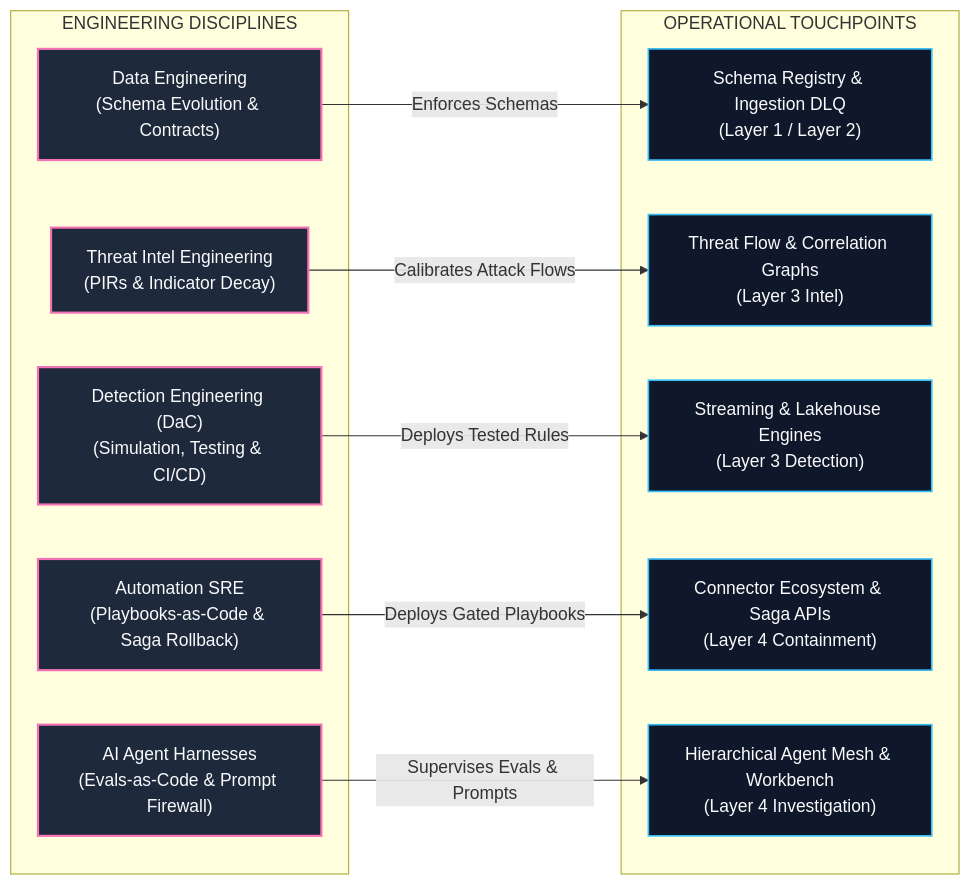
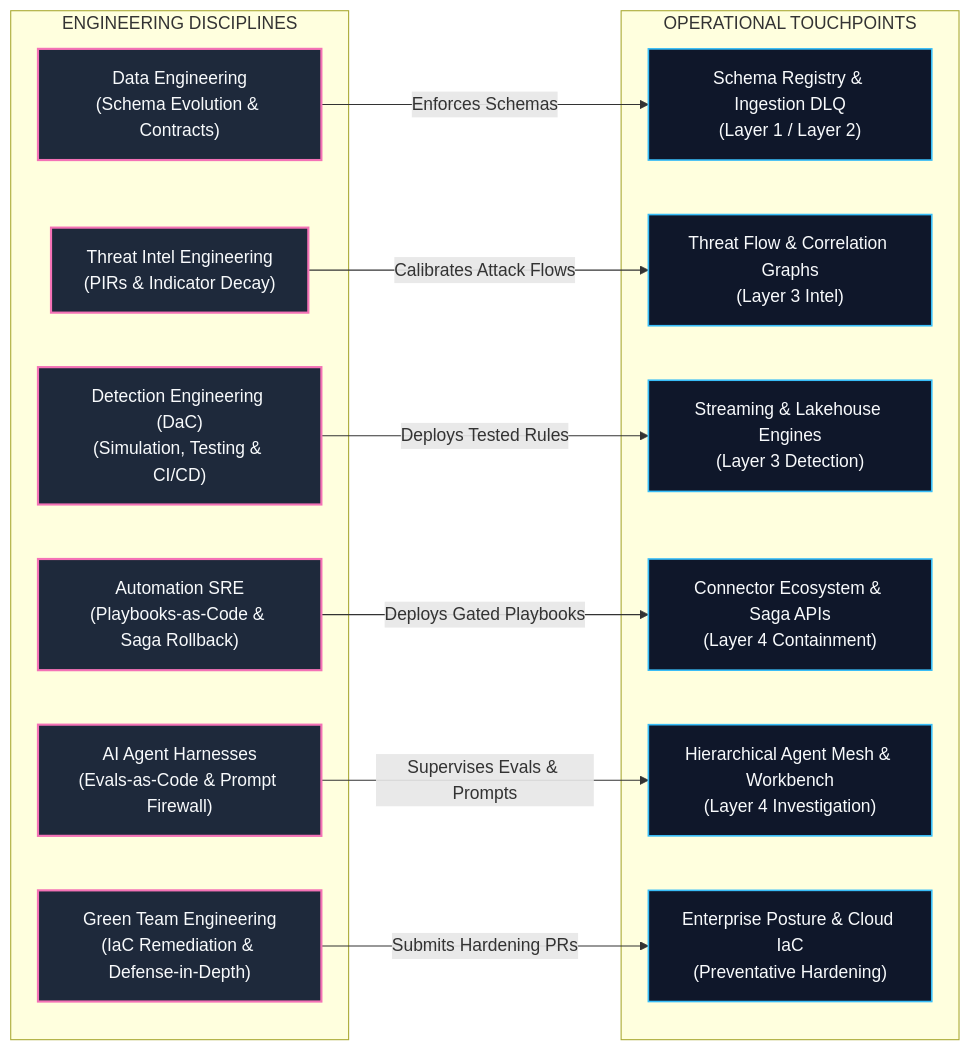
Before and after one commit to Haribu/TIDIR: the second of 3 diagrams in docs/architecture/01-system-overview.md, drawn with Mermaid. The commit also changed other lines of this file and 20 other files, not shown here.

Commit message:
feat(architecture): launch readiness polish, ADR registry, and Green Team prevention loop

````diff
--- a/docs/architecture/01-system-overview.md
+++ b/docs/architecture/01-system-overview.md
@@ -72,28 +74,31 @@
 ```mermaid
 flowchart LR
   %% Styling Classes
   classDef eng fill:#1e293b,stroke:#f472b6,stroke-width:2px,color:#f8fafc;
   classDef target fill:#0f172a,stroke:#38bdf8,stroke-width:1.5px,color:#f8fafc;
 
   subgraph DISCIPLINES ["ENGINEERING DISCIPLINES"]
     E1["Data Engineering\n(Schema Evolution & Contracts)"]:::eng
     E2["Threat Intel Engineering\n(PIRs & Indicator Decay)"]:::eng
     E3["Detection Engineering (DaC)\n(Simulation, Testing & CI/CD)"]:::eng
     E4["Automation SRE\n(Playbooks-as-Code & Saga Rollback)"]:::eng
     E5["AI Agent Harnesses\n(Evals-as-Code & Prompt Firewall)"]:::eng
+    E6["Green Team Engineering\n(IaC Remediation & Defense-in-Depth)"]:::eng
   end
 
   subgraph TARGETS ["OPERATIONAL TOUCHPOINTS"]
     T_REG["Schema Registry & Ingestion DLQ\n(Layer 1 / Layer 2)"]:::target
     T_GRAPH["Threat Flow & Correlation Graphs\n(Layer 3 Intel)"]:::target
     T_ENG["Streaming & Lakehouse Engines\n(Layer 3 Detection)"]:::target
     T_RESP["Connector Ecosystem & Saga APIs\n(Layer 4 Containment)"]:::target
     T_OPS["Hierarchical Agent Mesh & Workbench\n(Layer 4 Investigation)"]:::target
+    T_PREV["Enterprise Posture & Cloud IaC\n(Preventative Hardening)"]:::target
   end
 
   E1 -->|Enforces Schemas| T_REG
   E2 -->|Calibrates Attack Flows| T_GRAPH
   E3 -->|Deploys Tested Rules| T_ENG
   E4 -->|Deploys Gated Playbooks| T_RESP
   E5 -->|Supervises Evals & Prompts| T_OPS
+  E6 -->|Submits Hardening PRs| T_PREV
 ```
````
